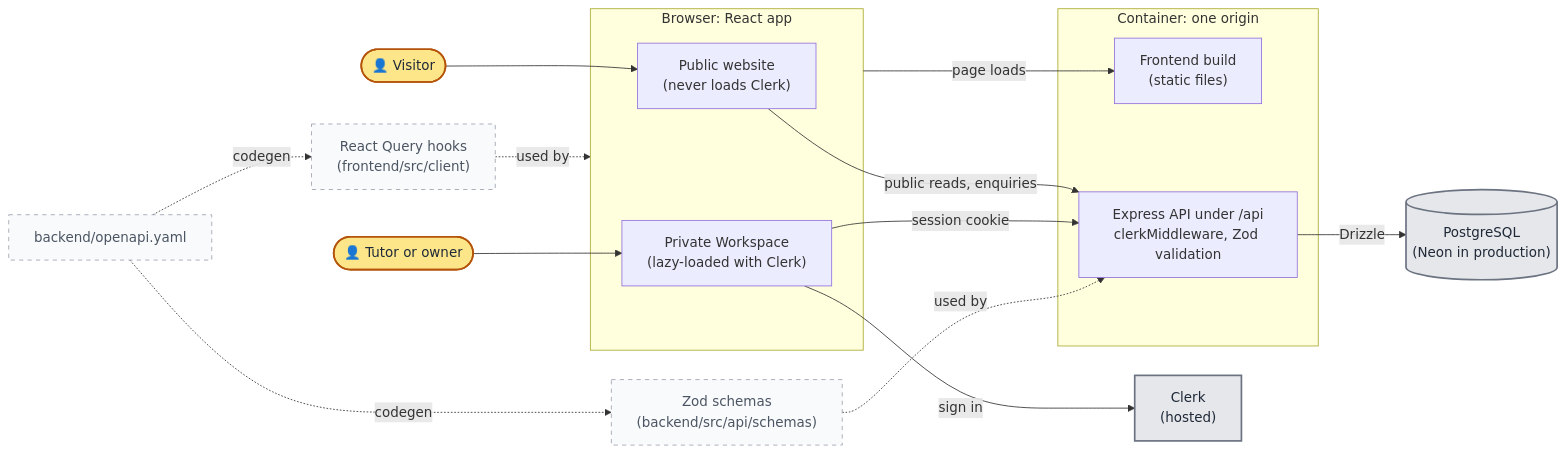
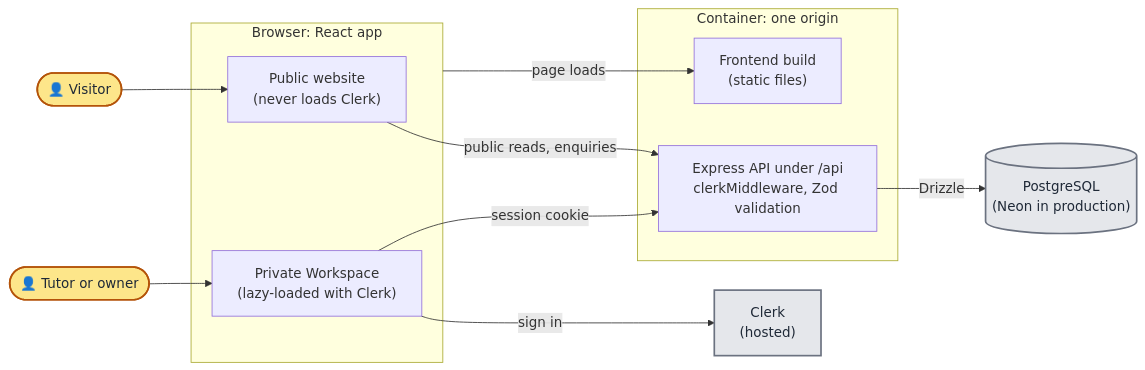
One commit to sumau/welltutored changed the first of 2 diagrams in docs/architecture.md. Above: the diagram before and after it, drawn with Mermaid. The commit also changed other lines of this file and 7 other files, not shown here.

````diff
--- a/docs/architecture.md
+++ b/docs/architecture.md
@@ -14,34 +15,27 @@
 ```mermaid
 flowchart LR
   visitor(["👤 Visitor"]) --> public
   tutor(["👤 Tutor or owner"]) --> workspace
   classDef person fill:#fde68a,stroke:#b45309,stroke-width:2px,color:#1f2937
   class visitor,tutor person
 
   subgraph browser["Browser: React app"]
     public["Public website<br/>(never loads Clerk)"]
     workspace["Private Workspace<br/>(lazy-loaded with Clerk)"]
   end
 
   workspace -- "sign in" --> clerk["Clerk<br/>(hosted)"]
 
   subgraph container["Container: one origin"]
     static["Frontend build<br/>(static files)"]
     api["Express API under /api<br/>clerkMiddleware, Zod validation"]
   end
 
   browser -- "page loads" --> static
   public -- "public reads, enquiries" --> api
   workspace -- "session cookie" --> api
   api -- "Drizzle" --> db[("PostgreSQL<br/>(Neon in production)")]
 
-  spec["backend/openapi.yaml"] -. "codegen" .-> hooks["React Query hooks<br/>(frontend/src/client)"]
-  spec -. "codegen" .-> zod["Zod schemas<br/>(backend/src/api/schemas)"]
-  hooks -. "used by" .-> browser
-  zod -. "used by" .-> api
-
   classDef external fill:#e5e7eb,stroke:#6b7280,stroke-width:2px,color:#1f2937
-  classDef buildtime fill:#f9fafb,stroke:#9ca3af,stroke-dasharray:5 5,color:#4b5563
   class clerk,db external
-  class spec,hooks,zod buildtime
 ```
````
